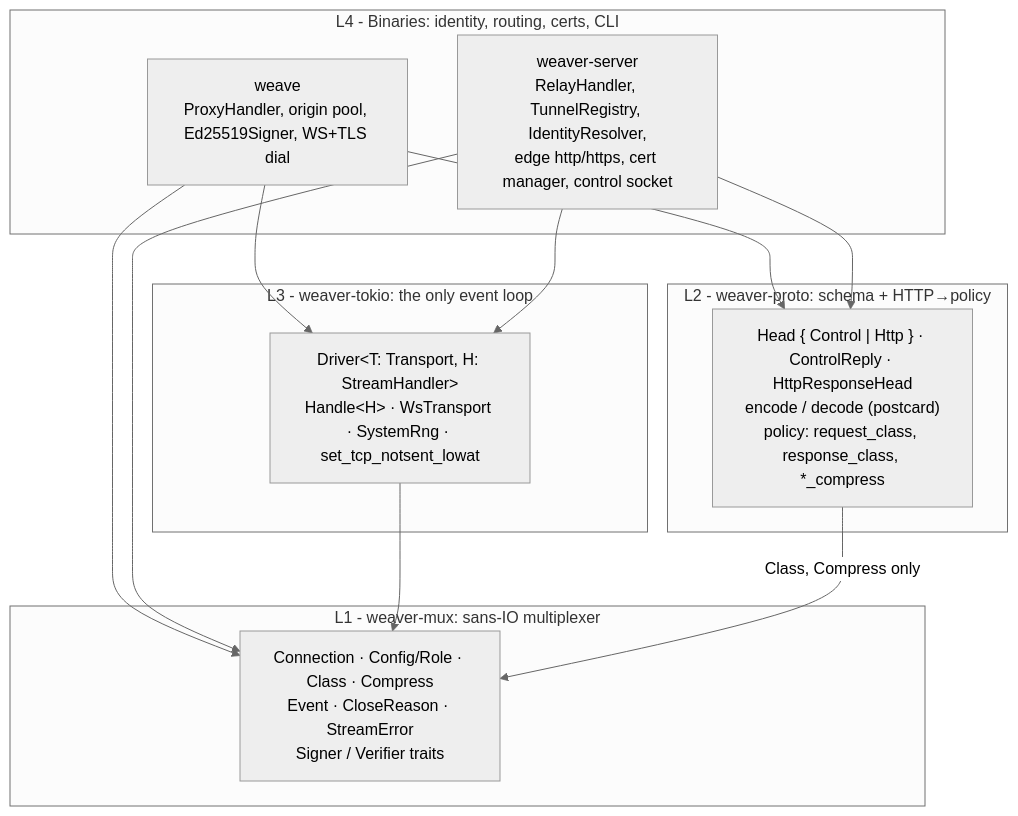
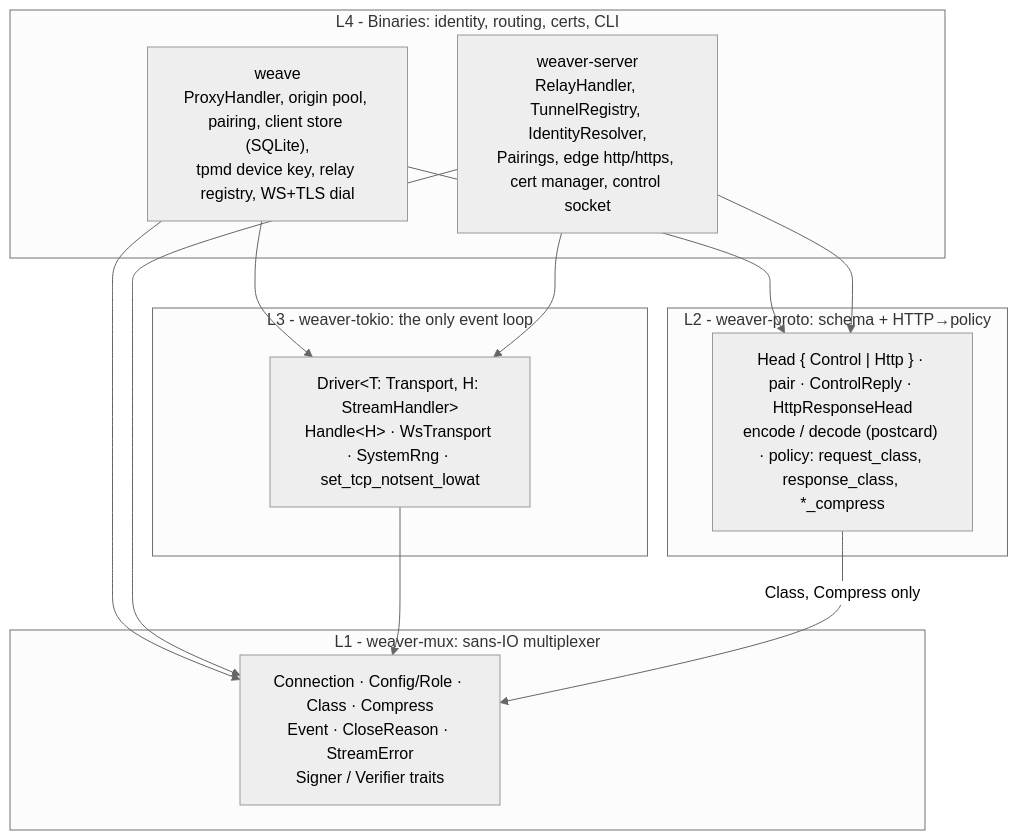
The first of 14 diagrams in docs/architecture.md (OffworldNexus/tunnel-weaver), drawn with Mermaid (neutral theme) before and after one commit. The commit also changed other lines of this file and 12 other files, not shown here.

````diff
--- a/docs/architecture.md
+++ b/docs/architecture.md
@@ -14,20 +16,20 @@
 ```mermaid
 flowchart TB
     subgraph L4["L4 - Binaries: identity, routing, certs, CLI"]
-        weave["weave<br/>ProxyHandler, origin pool, Ed25519Signer, WS+TLS dial"]
-        server["weaver-server<br/>RelayHandler, TunnelRegistry, IdentityResolver,<br/>edge http/https, cert manager, control socket"]
+        weave["weave<br/>ProxyHandler, origin pool, pairing, client store (SQLite),<br/>tpmd device key, relay registry, WS+TLS dial"]
+        server["weaver-server<br/>RelayHandler, TunnelRegistry, IdentityResolver,<br/>Pairings, edge http/https, cert manager, control socket"]
     end
     subgraph L3["L3 - weaver-tokio: the only event loop"]
         tokio["Driver&lt;T: Transport, H: StreamHandler&gt;<br/>Handle&lt;H&gt; · WsTransport · SystemRng · set_tcp_notsent_lowat"]
     end
     subgraph L2["L2 - weaver-proto: schema + HTTP→policy"]
-        proto["Head { Control | Http } · ControlReply · HttpResponseHead<br/>encode / decode (postcard)<br/>policy: request_class, response_class, *_compress"]
+        proto["Head { Control | Http } · pair · ControlReply · HttpResponseHead<br/>encode / decode (postcard) · policy: request_class, response_class, *_compress"]
     end
     subgraph L1["L1 - weaver-mux: sans-IO multiplexer"]
         mux["Connection · Config/Role · Class · Compress<br/>Event · CloseReason · StreamError<br/>Signer / Verifier traits"]
     end
     weave --> tokio & proto & mux
     server --> tokio & proto & mux
     tokio --> mux
     proto -- "Class, Compress only" --> mux
 ```
````
